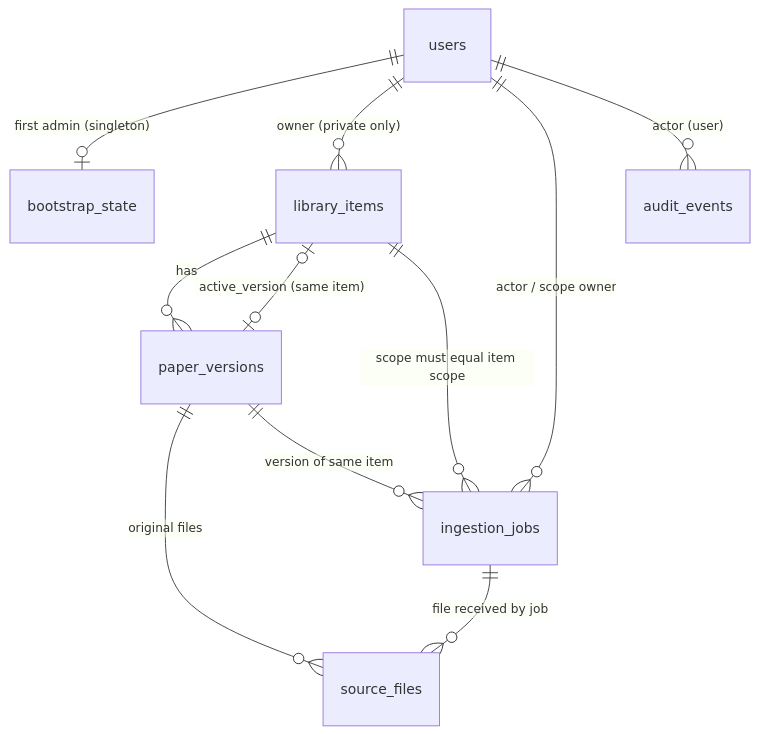
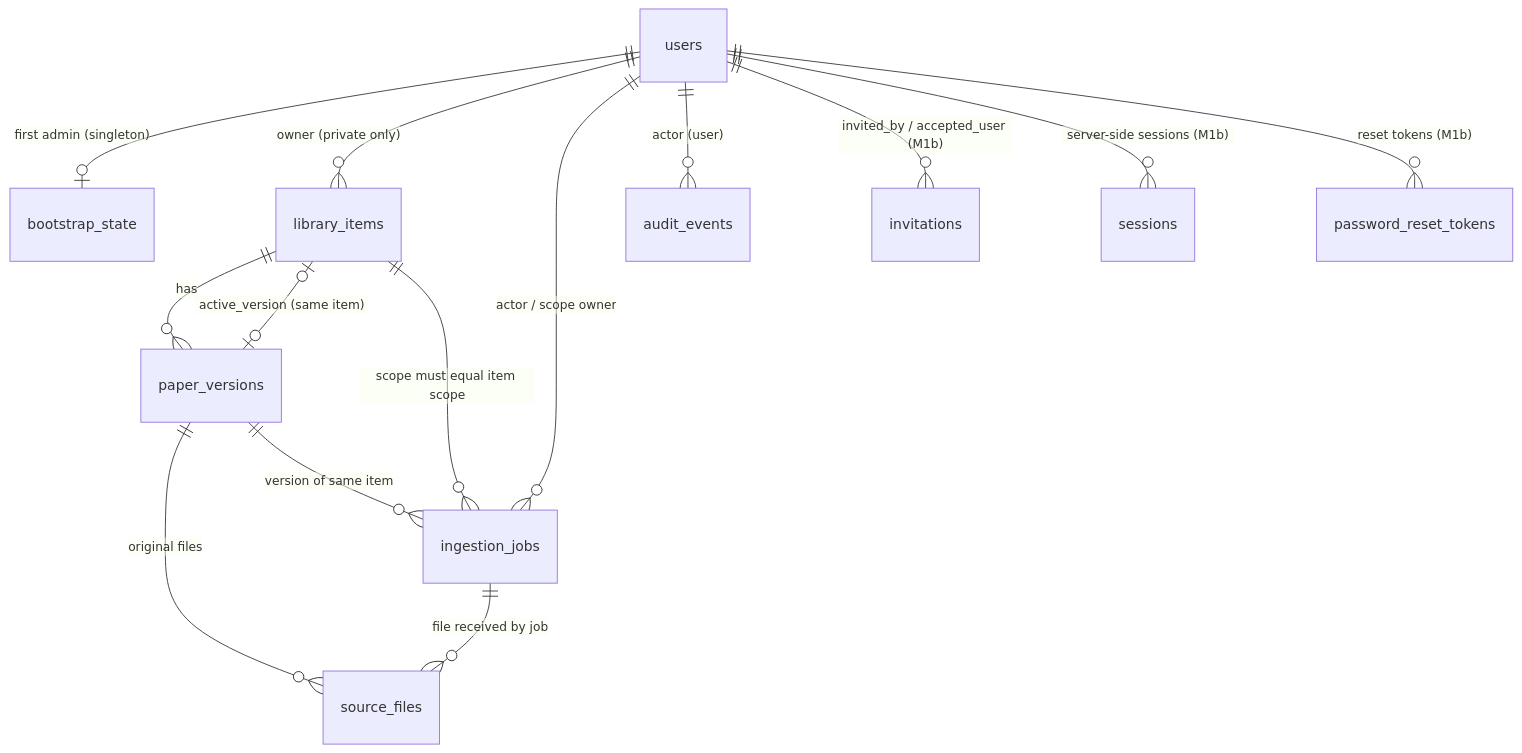
One commit to PhucSon2412/research-assistant-system changed the diagram in docs/dev-setup.md. Above: the diagram before and after it, drawn with Mermaid. The commit also changed other lines of this file and 6 other files, not shown here.

Commit message:
docs(m1b): record M1b decisions, verified commands and roadmap status

````diff
--- a/docs/dev-setup.md
+++ b/docs/dev-setup.md
@@ -159,13 +222,16 @@
 ```mermaid
 erDiagram
   users ||--o| bootstrap_state : "first admin (singleton)"
   users ||--o{ library_items : "owner (private only)"
   library_items ||--o{ paper_versions : has
   library_items |o--o| paper_versions : "active_version (same item)"
   paper_versions ||--o{ source_files : "original files"
   ingestion_jobs ||--o{ source_files : "file received by job"
   library_items ||--o{ ingestion_jobs : "scope must equal item scope"
   paper_versions ||--o{ ingestion_jobs : "version of same item"
   users ||--o{ ingestion_jobs : "actor / scope owner"
   users ||--o{ audit_events : "actor (user)"
+  users ||--o{ invitations : "invited_by / accepted_user (M1b)"
+  users ||--o{ sessions : "server-side sessions (M1b)"
+  users ||--o{ password_reset_tokens : "reset tokens (M1b)"
 ```
````
